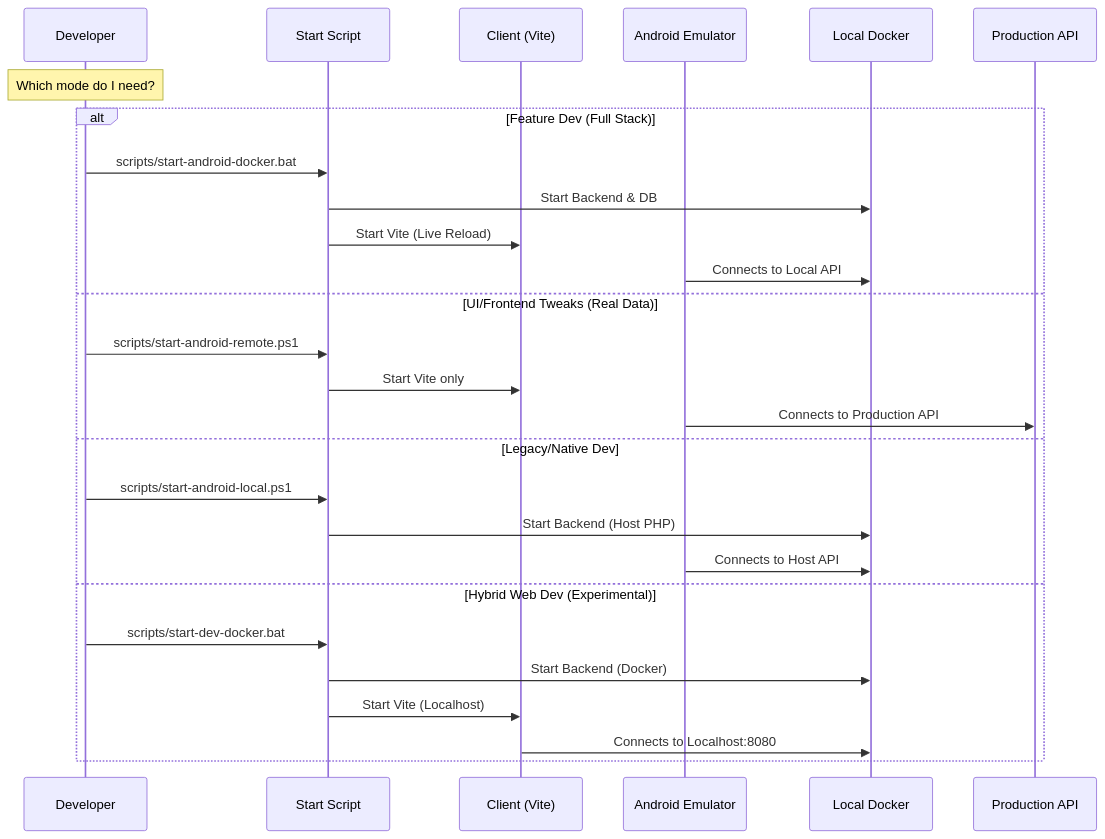
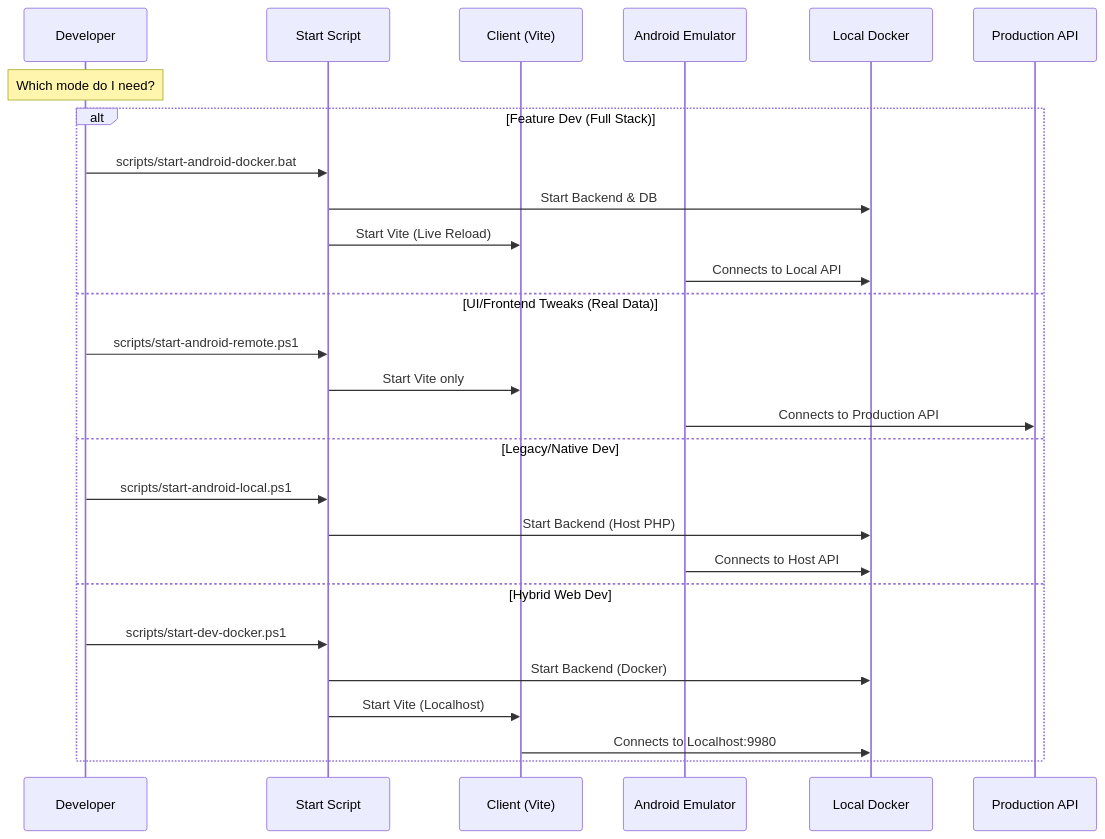
The fourth of 5 diagrams in docs/WORKFLOW_AND_DEBUGGING.md (ihkaru/cerdas), drawn with Mermaid before and after one commit. The commit also changed other lines of this file and 8 other files, not shown here.

````diff
--- a/docs/WORKFLOW_AND_DEBUGGING.md
+++ b/docs/WORKFLOW_AND_DEBUGGING.md
@@ -165,31 +165,31 @@
 ```mermaid
 sequenceDiagram
     participant Dev as Developer
     participant Script as Start Script
     participant Client as Client (Vite)
     participant Emu as Android Emulator
     participant Docker as Local Docker
     participant Prod as Production API
 
     Note over Dev: Which mode do I need?
 
     alt Feature Dev (Full Stack)
         Dev->>Script: scripts/start-android-docker.bat
         Script->>Docker: Start Backend & DB
         Script->>Client: Start Vite (Live Reload)
         Emu->>Docker: Connects to Local API
     else UI/Frontend Tweaks (Real Data)
         Dev->>Script: scripts/start-android-remote.ps1
         Script->>Client: Start Vite only
         Emu->>Prod: Connects to Production API
     else Legacy/Native Dev
         Dev->>Script: scripts/start-android-local.ps1
         Script->>Docker: Start Backend (Host PHP)
         Emu->>Docker: Connects to Host API
-    else Hybrid Web Dev (Experimental)
-        Dev->>Script: scripts/start-dev-docker.bat
+    else Hybrid Web Dev
+        Dev->>Script: scripts/start-dev-docker.ps1
         Script->>Docker: Start Backend (Docker)
         Script->>Client: Start Vite (Localhost)
-        Client->>Docker: Connects to Localhost:8080
+        Client->>Docker: Connects to Localhost:9980
     end
 ```
````
